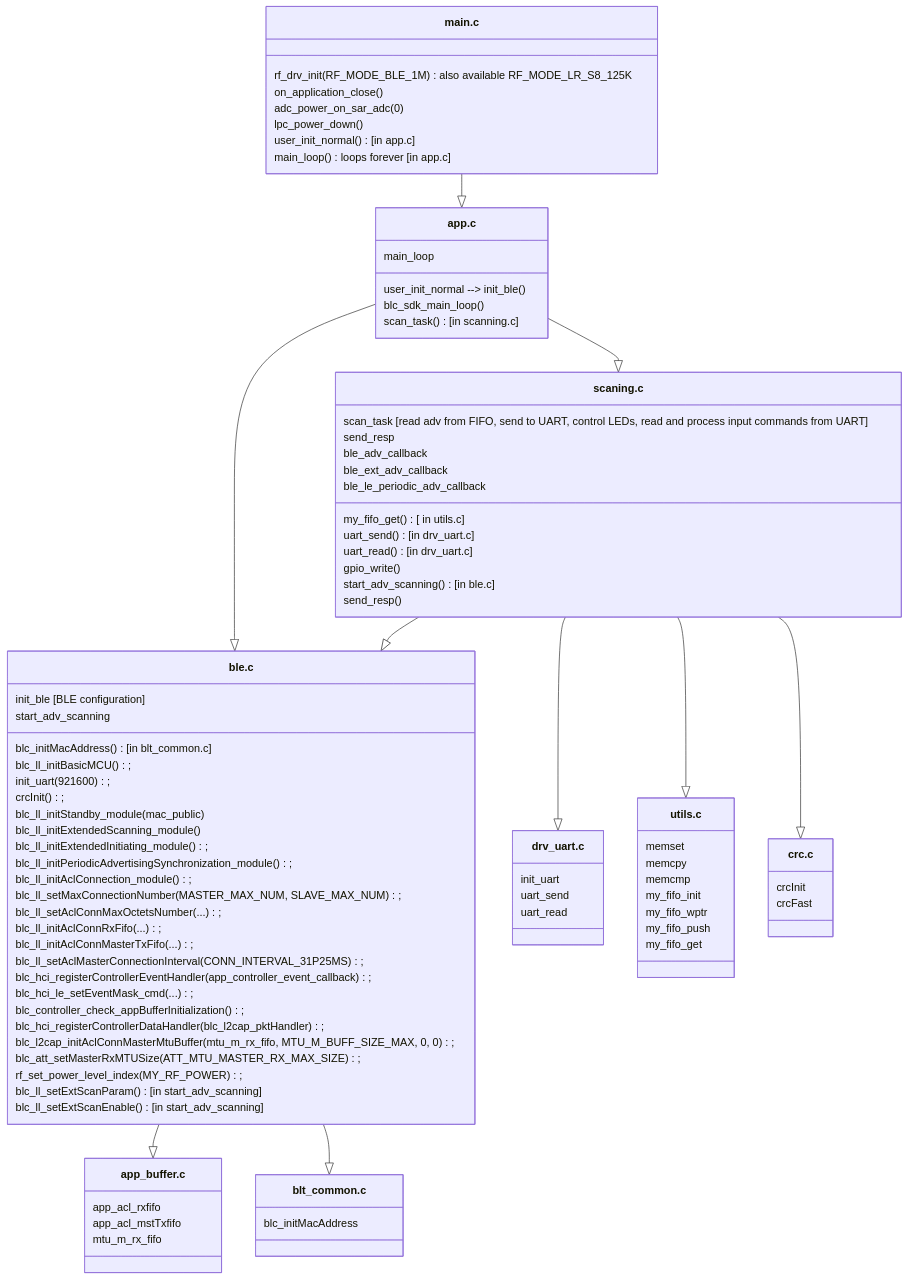
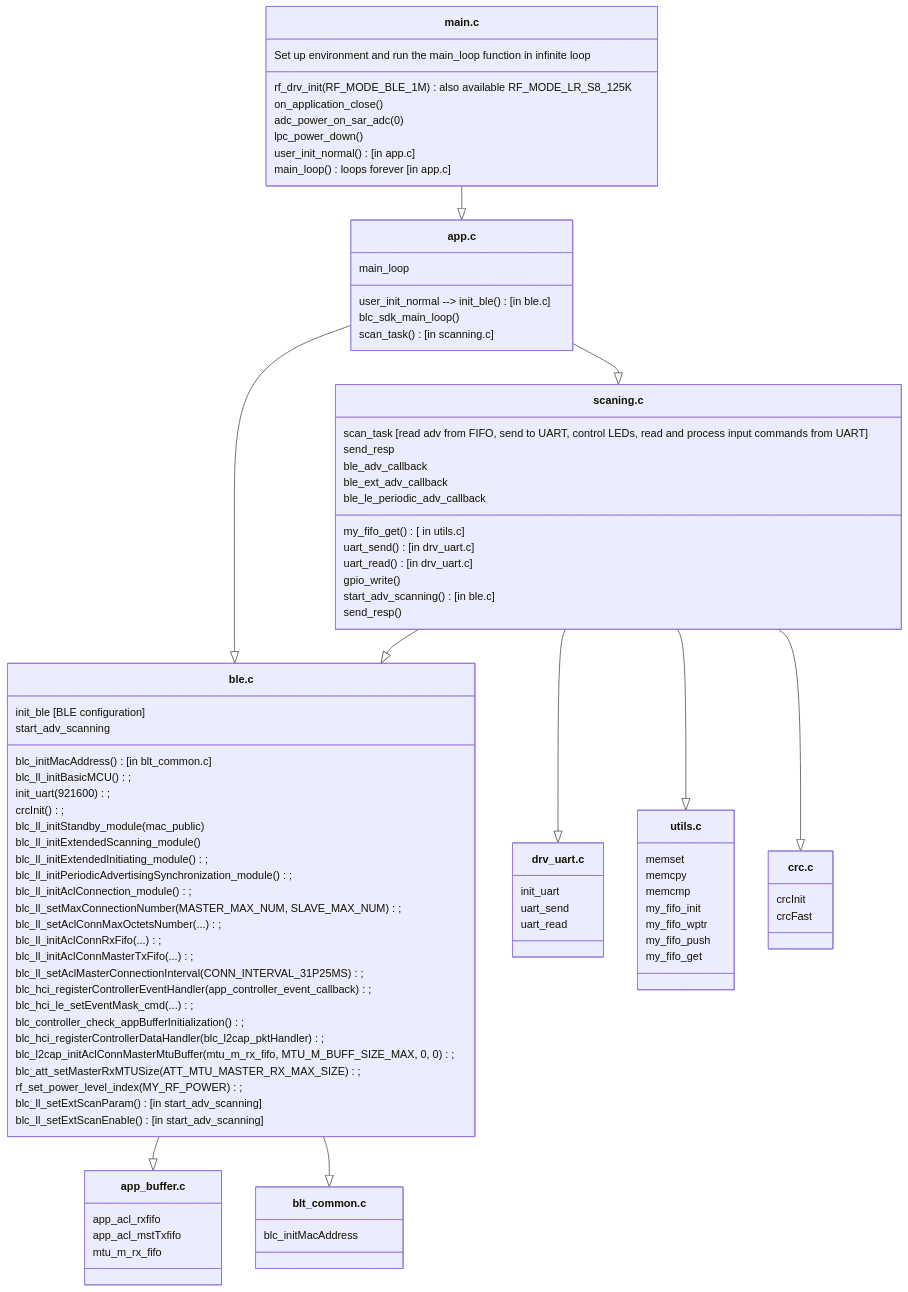
Before and after one commit to pvvx/ADV_BLE2UART: the second of 2 diagrams in README.md, drawn with Mermaid. The commit also changed other lines of this file, not shown here.

```diff
--- a/README.md
+++ b/README.md
@@ -367,6 +371,8 @@
     scanning --|> crc
 
     class main["main.c"]{
+        Set up environment and run the main_loop function in infinite loop
+
         %% Invoked functions:
         rf_drv_init(RF_MODE_BLE_1M) also available RF_MODE_LR_S8_125K
         on_application_close()
@@ -378,7 +384,7 @@
 
     class app["app.c"]{
         %% Functions:
-        user_init_normal --> init_ble()
+        user_init_normal --> init_ble() [in ble.c]
         main_loop
         
         %% Invoked functions:
```
